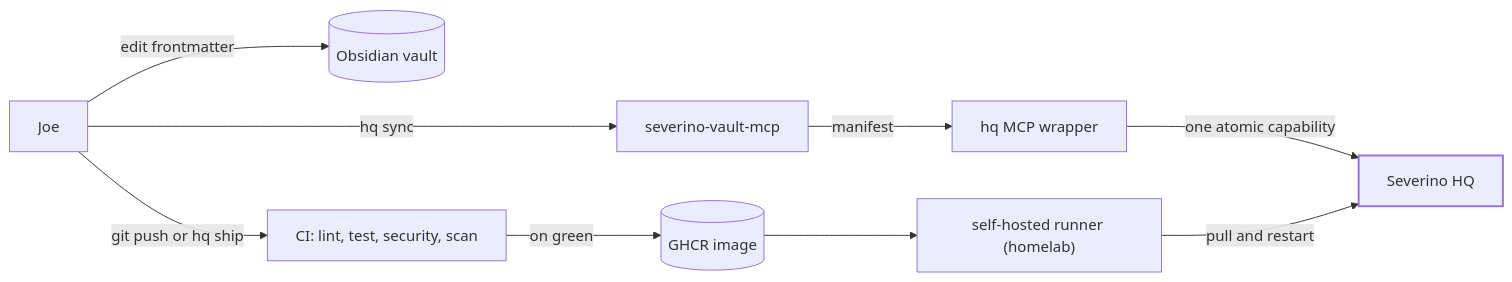
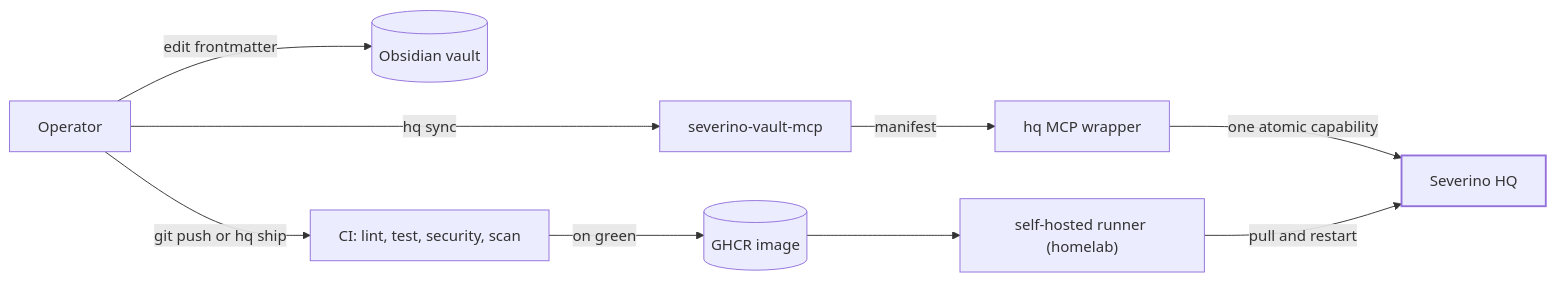
Before and after one commit to joeseverino/severino-hq: the diagram in docs/diagrams/changes-reach-hq.mmd, drawn with Mermaid. The commit also changed 471 other files, not shown here.

```diff
--- a/docs/diagrams/changes-reach-hq.mmd
+++ b/docs/diagrams/changes-reach-hq.mmd
@@ -1,16 +1,16 @@
 flowchart LR
-    joe[Joe]
+    operator[Operator]
     vault[(Obsidian vault)]
     mcp[severino-vault-mcp]
     hq[Severino HQ]
     ci["CI: lint, test, security, scan"]
     ghcr[(GHCR image)]
     runner["self-hosted runner (homelab)"]
 
-    joe -->|edit frontmatter| vault
-    joe -->|hq sync| mcp -->|manifest| cli["hq MCP wrapper"] -->|one atomic capability| hq
-    joe -->|git push or hq ship| ci -->|on green| ghcr --> runner -->|pull and restart| hq
+    operator -->|edit frontmatter| vault
+    operator -->|hq sync| mcp -->|manifest| cli["hq MCP wrapper"] -->|one atomic capability| hq
+    operator -->|git push or hq ship| ci -->|on green| ghcr --> runner -->|pull and restart| hq
 
-    %% the destination every path converges on — styled by .anchor in the shared theme
+    %% the destination every path converges on
     classDef anchor stroke-width:2px;
     class hq anchor;
```
